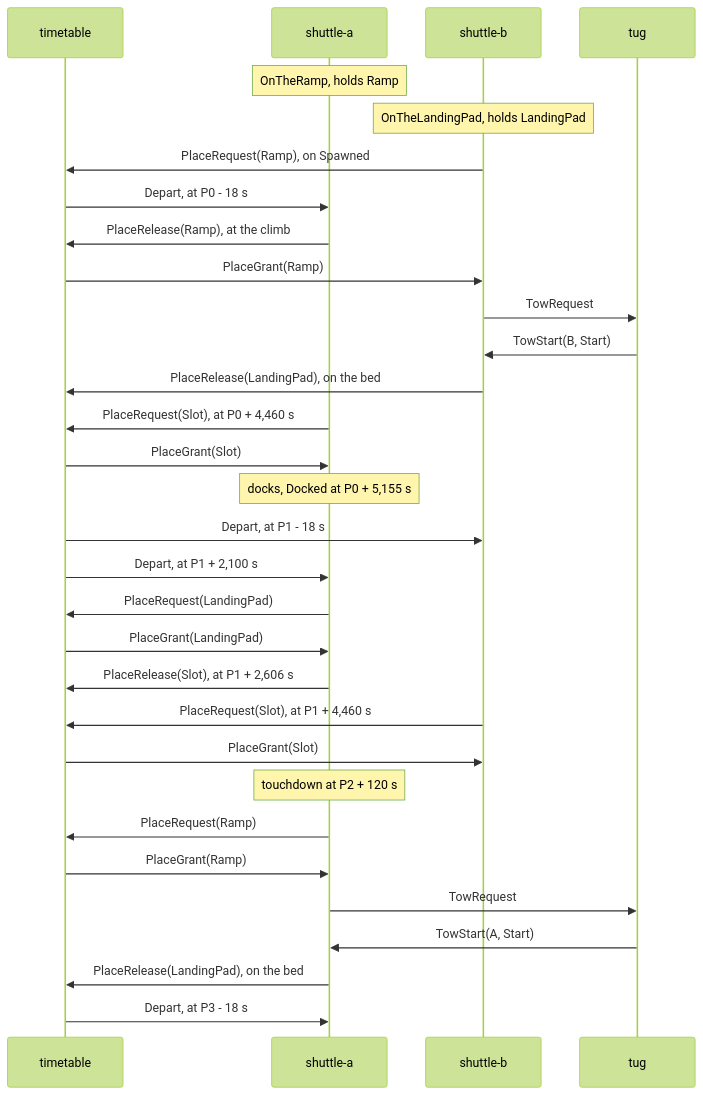
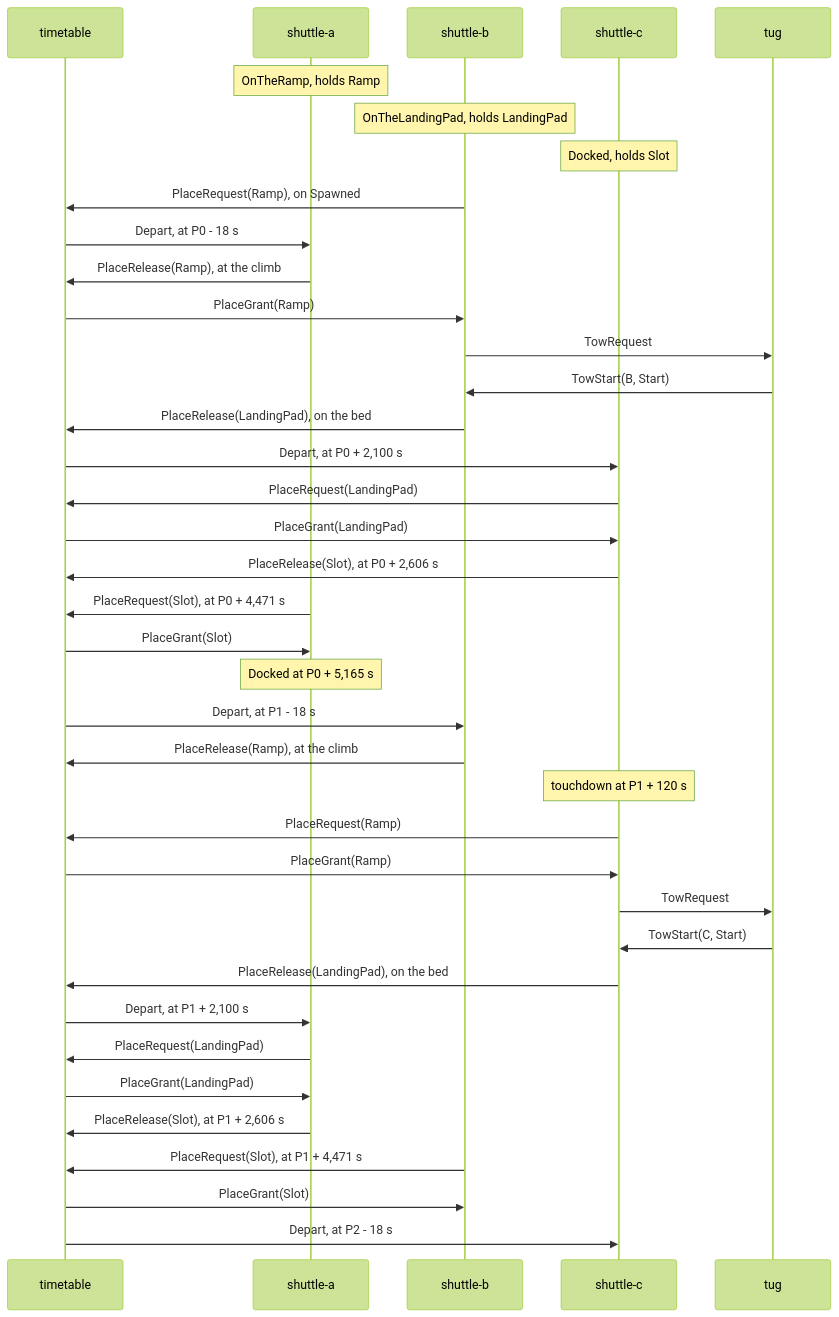
Before and after one commit to alexispurslane/tertius: the second of 3 diagrams in docs/plans/live-world.md, drawn with Mermaid (forest theme). The commit also changed other lines of this file, not shown here.

````diff
--- a/docs/plans/live-world.md
+++ b/docs/plans/live-world.md
@@ -347,33 +449,40 @@
 ```mermaid
 sequenceDiagram
     participant TT as timetable
     participant A as shuttle-a
     participant B as shuttle-b
+    participant C as shuttle-c
     participant Tug as tug
     Note over A: OnTheRamp, holds Ramp
     Note over B: OnTheLandingPad, holds LandingPad
+    Note over C: Docked, holds Slot
     B->>TT: PlaceRequest(Ramp), on Spawned
     TT->>A: Depart, at P0 - 18 s
     A->>TT: PlaceRelease(Ramp), at the climb
     TT->>B: PlaceGrant(Ramp)
     B->>Tug: TowRequest
     Tug->>B: TowStart(B, Start)
     B->>TT: PlaceRelease(LandingPad), on the bed
-    A->>TT: PlaceRequest(Slot), at P0 + 4,460 s
+    TT->>C: Depart, at P0 + 2,100 s
+    C->>TT: PlaceRequest(LandingPad)
+    TT->>C: PlaceGrant(LandingPad)
+    C->>TT: PlaceRelease(Slot), at P0 + 2,606 s
+    A->>TT: PlaceRequest(Slot), at P0 + 4,471 s
     TT->>A: PlaceGrant(Slot)
-    Note over A: docks, Docked at P0 + 5,155 s
+    Note over A: Docked at P0 + 5,165 s
     TT->>B: Depart, at P1 - 18 s
+    B->>TT: PlaceRelease(Ramp), at the climb
+    Note over C: touchdown at P1 + 120 s
+    C->>TT: PlaceRequest(Ramp)
+    TT->>C: PlaceGrant(Ramp)
+    C->>Tug: TowRequest
+    Tug->>C: TowStart(C, Start)
+    C->>TT: PlaceRelease(LandingPad), on the bed
     TT->>A: Depart, at P1 + 2,100 s
     A->>TT: PlaceRequest(LandingPad)
     TT->>A: PlaceGrant(LandingPad)
     A->>TT: PlaceRelease(Slot), at P1 + 2,606 s
-    B->>TT: PlaceRequest(Slot), at P1 + 4,460 s
+    B->>TT: PlaceRequest(Slot), at P1 + 4,471 s
     TT->>B: PlaceGrant(Slot)
-    Note over A: touchdown at P2 + 120 s
-    A->>TT: PlaceRequest(Ramp)
-    TT->>A: PlaceGrant(Ramp)
-    A->>Tug: TowRequest
-    Tug->>A: TowStart(A, Start)
-    A->>TT: PlaceRelease(LandingPad), on the bed
-    TT->>A: Depart, at P3 - 18 s
+    TT->>C: Depart, at P2 - 18 s
 ```
````
